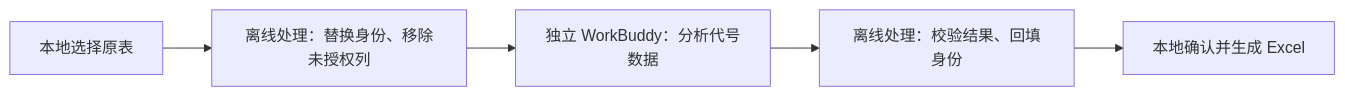
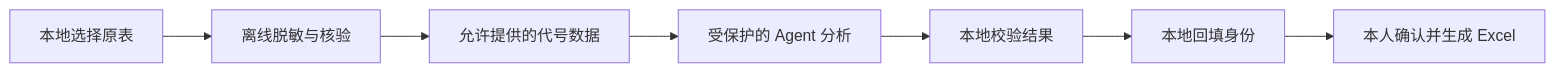
One commit to Jia-qi-13141516/privacy-protector changed the diagram in README.md. Above: the diagram before and after it, drawn with Mermaid. The commit also changed other lines of this file and 22 other files, not shown here.

````diff
--- a/README.md
+++ b/README.md
@@ -44,7 +52,9 @@
 ```mermaid
 flowchart LR
-    A[本地选择原表] --> B[离线处理：替换身份、移除未授权列]
-    B --> C[独立 WorkBuddy：分析代号数据]
-    C --> D[离线处理：校验结果、回填身份]
-    D --> E[本地确认并生成 Excel]
+    A[本地选择原表] --> B[离线脱敏与核验]
+    B --> C[允许提供的代号数据]
+    C --> D[受保护的 Agent 分析]
+    D --> E[本地校验结果]
+    E --> F[本地回填身份]
+    F --> G[本人确认并生成 Excel]
 ```
````
